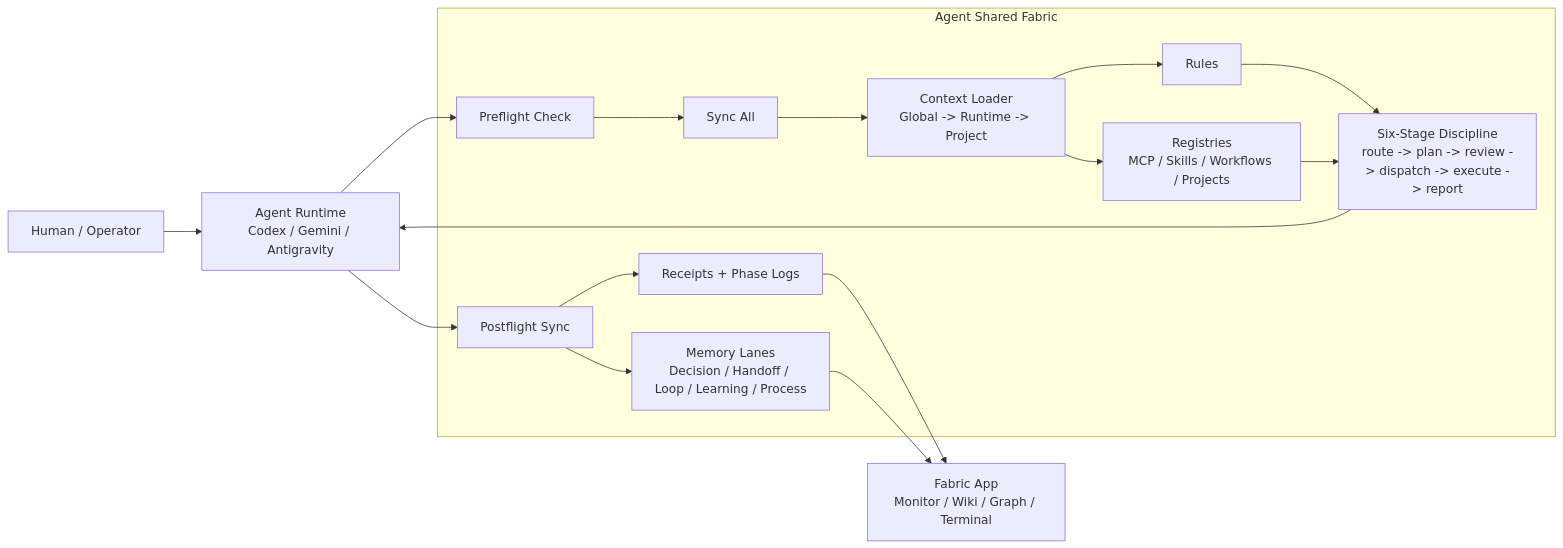
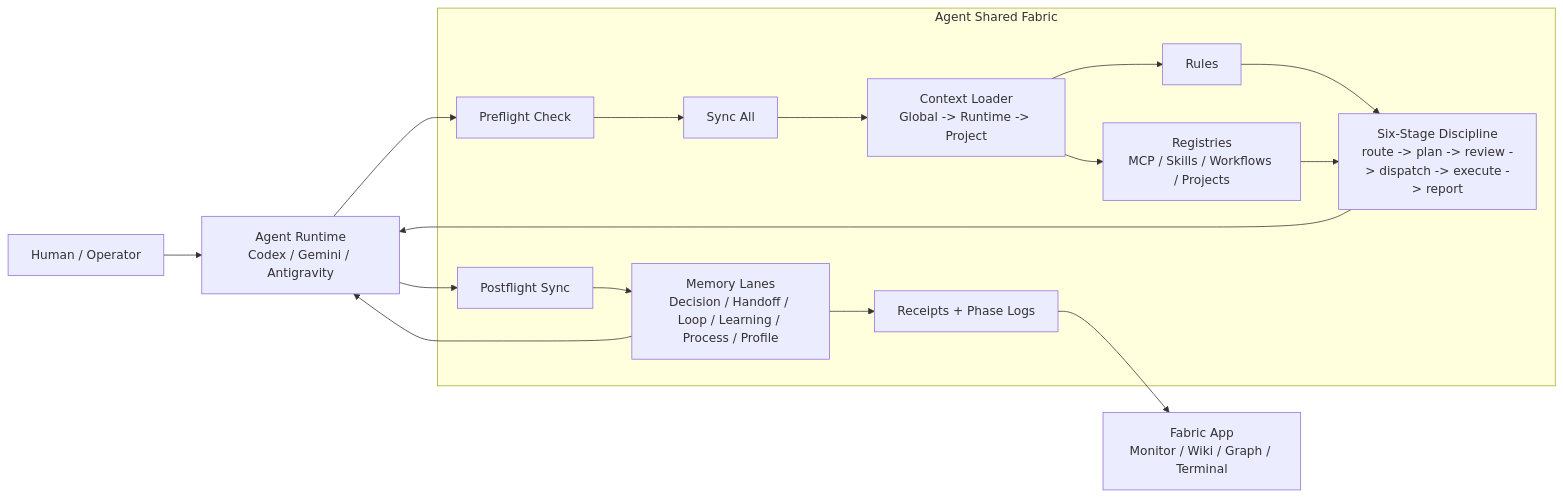
Before and after one commit to Fly-Carrot/agent-shared-fabric: the first of 3 diagrams in README.md, drawn with Mermaid. The commit also changed other lines of this file and 16 other files, not shown here.

````diff
--- a/README.md
+++ b/README.md
@@ -93,28 +85,25 @@
 ```mermaid
 flowchart LR
   User[Human / Operator] --> Runtime[Agent Runtime\nCodex / Gemini / Antigravity]
 
   subgraph ASF[Agent Shared Fabric]
     Preflight[Preflight Check]
     SyncAll[Sync All]
     Context[Context Loader\nGlobal -> Runtime -> Project]
     Rules[Rules]
     Registries[Registries\nMCP / Skills / Workflows / Projects]
     SixStage[Six-Stage Discipline\nroute -> plan -> review -> dispatch -> execute -> report]
-    Memory[Memory Lanes\nDecision / Handoff / Loop / Learning / Process]
+    Postflight[Postflight Sync]
+    Memory[Memory Lanes\nDecision / Handoff / Loop / Learning / Process / Profile]
     Receipts[Receipts + Phase Logs]
-    Postflight[Postflight Sync]
   end
 
   Runtime --> Preflight --> SyncAll --> Context
-  Context --> Rules
-  Context --> Registries
-  Rules --> SixStage
-  Registries --> SixStage
+  Context --> Rules --> SixStage
+  Context --> Registries --> SixStage
   SixStage --> Runtime
   Runtime --> Postflight --> Memory
-  Postflight --> Receipts
-
+  Memory --> Receipts
   Receipts --> FabricApp[Fabric App\nMonitor / Wiki / Graph / Terminal]
-  Memory --> FabricApp
+  Memory --> Runtime
 ```
````
